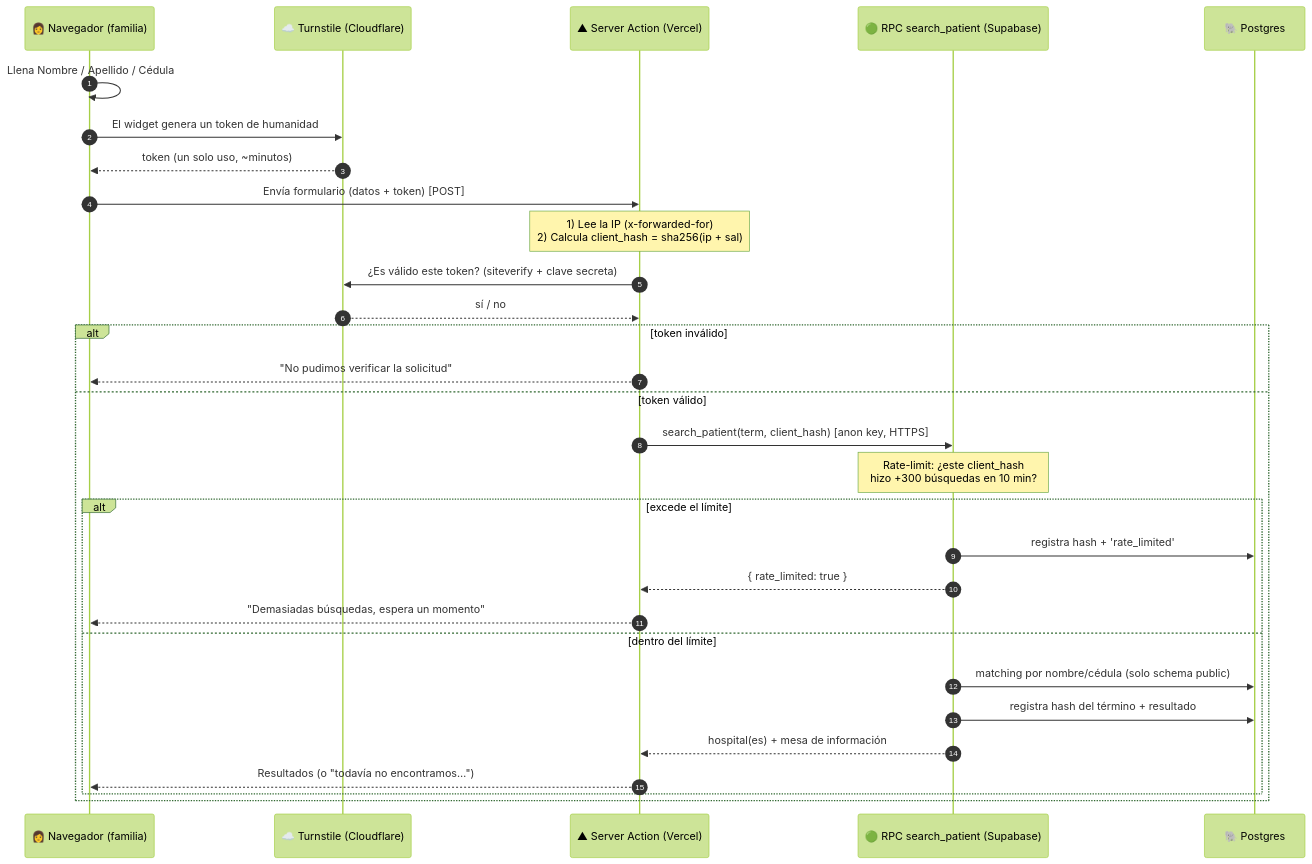
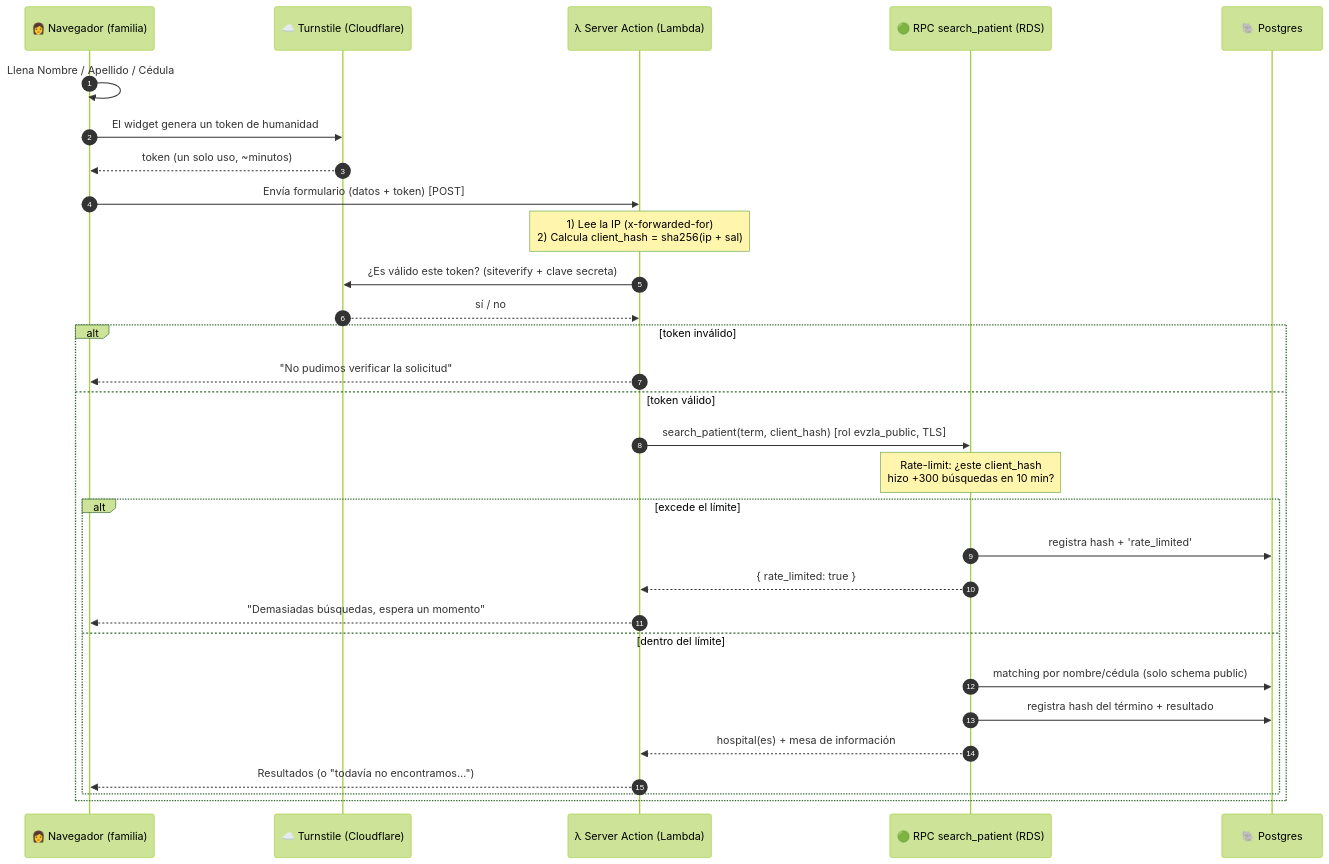
The second of 7 diagrams in docs/ARCHITECTURE.md (jorgeluisd/encuentramevzla), drawn with Mermaid (forest theme) before and after one commit. The commit also changed other lines of this file and 54 other files, not shown here.

Commit message:
docs: document the 100% AWS stack and retire Supabase/Vercel references (#114)

````diff
--- a/docs/ARCHITECTURE.md
+++ b/docs/ARCHITECTURE.md
@@ -94,34 +97,34 @@
 ```mermaid
 sequenceDiagram
     autonumber
     participant U as 👩 Navegador (familia)
     participant T as ☁️ Turnstile (Cloudflare)
-    participant A as ▲ Server Action (Vercel)
-    participant R as 🟢 RPC search_patient (Supabase)
+    participant A as λ Server Action (Lambda)
+    participant R as 🟢 RPC search_patient (RDS)
     participant DB as 🐘 Postgres
 
     U->>U: Llena Nombre / Apellido / Cédula
     U->>T: El widget genera un token de humanidad
     T-->>U: token (un solo uso, ~minutos)
     U->>A: Envía formulario (datos + token) [POST]
 
     Note over A: 1) Lee la IP (x-forwarded-for)<br/>2) Calcula client_hash = sha256(ip + sal)
     A->>T: ¿Es válido este token? (siteverify + clave secreta)
     T-->>A: sí / no
     alt token inválido
         A-->>U: "No pudimos verificar la solicitud"
     else token válido
-        A->>R: search_patient(term, client_hash) [anon key, HTTPS]
+        A->>R: search_patient(term, client_hash) [rol evzla_public, TLS]
         Note over R: Rate-limit: ¿este client_hash<br/>hizo +300 búsquedas en 10 min?
         alt excede el límite
             R->>DB: registra hash + 'rate_limited'
             R-->>A: { rate_limited: true }
             A-->>U: "Demasiadas búsquedas, espera un momento"
         else dentro del límite
             R->>DB: matching por nombre/cédula (solo schema public)
             R->>DB: registra hash del término + resultado
             R-->>A: hospital(es) + mesa de información
             A-->>U: Resultados (o "todavía no encontramos…")
         end
     end
 ```
````
